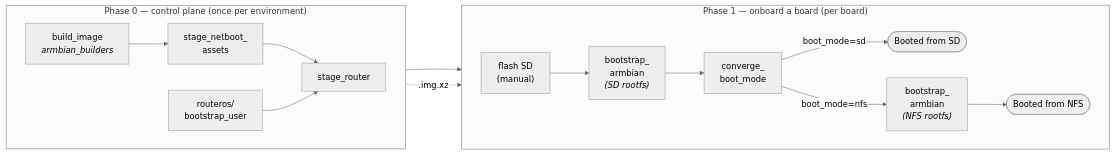
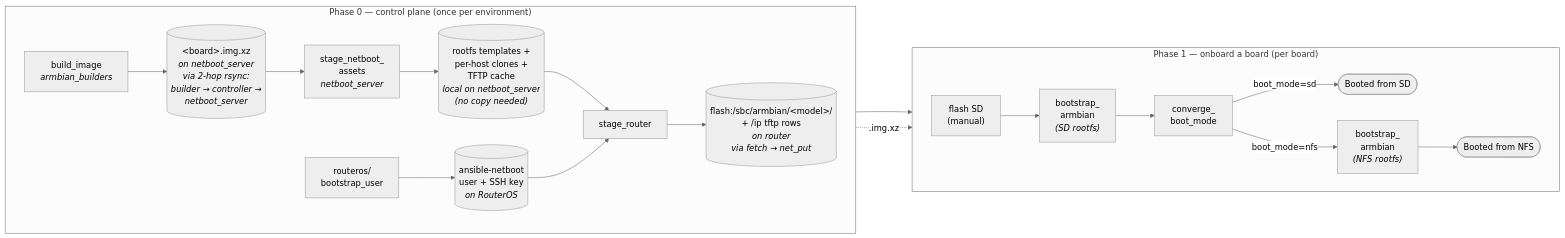
One commit to david-igou/ansible-collection-armbian changed the first of 4 diagrams in README.md. Above: the diagram before and after it, drawn with Mermaid (neutral theme). The commit also changed other lines of this file, not shown here.

Commit message:
docs(README): annotate lifecycle diagram with artefact + copy mechanism
Each Phase 0 playbook now has a cylinder-shaped artefact node showing
what it produces and which host the artefact lands on, plus the
mechanism that moves it there:

  build_image           → <board>.img.xz on netboot_server
                          (via 2-hop rsync: builder → controller → nfs)
  routeros/bootstrap_user → ansible-netboot user on RouterOS
  stage_netboot_assets  → rootfs templates + clones + TFTP cache
                          (local on netboot_server, no copy)
  stage_router          → flash:/sbc/armbian/<model>/ + /ip tftp rows
                          (via fetch to controller → net_put)

Phase 1 unchanged; the cross-phase edges now flow from the artefact
nodes (RTR → FL, IMG -.-> FL) rather than from the playbook nodes,
making the dependency clearer.

````diff
--- a/README.md
+++ b/README.md
@@ -111,29 +109,34 @@
 ```mermaid
 flowchart LR
     subgraph P0["Phase 0 — control plane (once per environment)"]
         direction LR
         BI["build_image<br/><i>armbian_builders</i>"]
+        IMG[("&lt;board&gt;.img.xz<br/><i>on netboot_server</i><br/><i>via 2-hop rsync:<br/>builder → controller →<br/>netboot_server</i>")]
         BU["routeros/<br/>bootstrap_user"]
-        SN0["stage_netboot_<br/>assets"]
+        USR[("ansible-netboot<br/>user + SSH key<br/><i>on RouterOS</i>")]
+        SN0["stage_netboot_<br/>assets<br/><i>netboot_server</i>"]
+        NFS[("rootfs templates +<br/>per-host clones +<br/>TFTP cache<br/><i>local on netboot_server<br/>(no copy needed)</i>")]
         SR0["stage_router"]
-        BI --> SN0
-        SN0 --> SR0
-        BU --> SR0
+        RTR[("flash:/sbc/armbian/&lt;model&gt;/<br/>+ /ip tftp rows<br/><i>on router</i><br/><i>via fetch → net_put</i>")]
+        BI --> IMG --> SN0
+        SN0 --> NFS --> SR0
+        BU --> USR --> SR0
+        SR0 --> RTR
     end
 
     subgraph P1["Phase 1 — onboard a board (per board)"]
         direction LR
         FL["flash SD<br/>(manual)"]
         BA_SD["bootstrap_<br/>armbian<br/><i>(SD rootfs)</i>"]
         CB1["converge_<br/>boot_mode"]
         BA_NFS["bootstrap_<br/>armbian<br/><i>(NFS rootfs)</i>"]
         OUT_SD(["Booted from SD"])
         OUT_NFS(["Booted from NFS"])
         FL --> BA_SD --> CB1
         CB1 -- "boot_mode=sd" --> OUT_SD
         CB1 -- "boot_mode=nfs" --> BA_NFS --> OUT_NFS
     end
 
-    SR0 --> FL
-    BI -.->|".img.xz"| FL
+    RTR --> FL
+    IMG -.->|".img.xz"| FL
 ```
````
